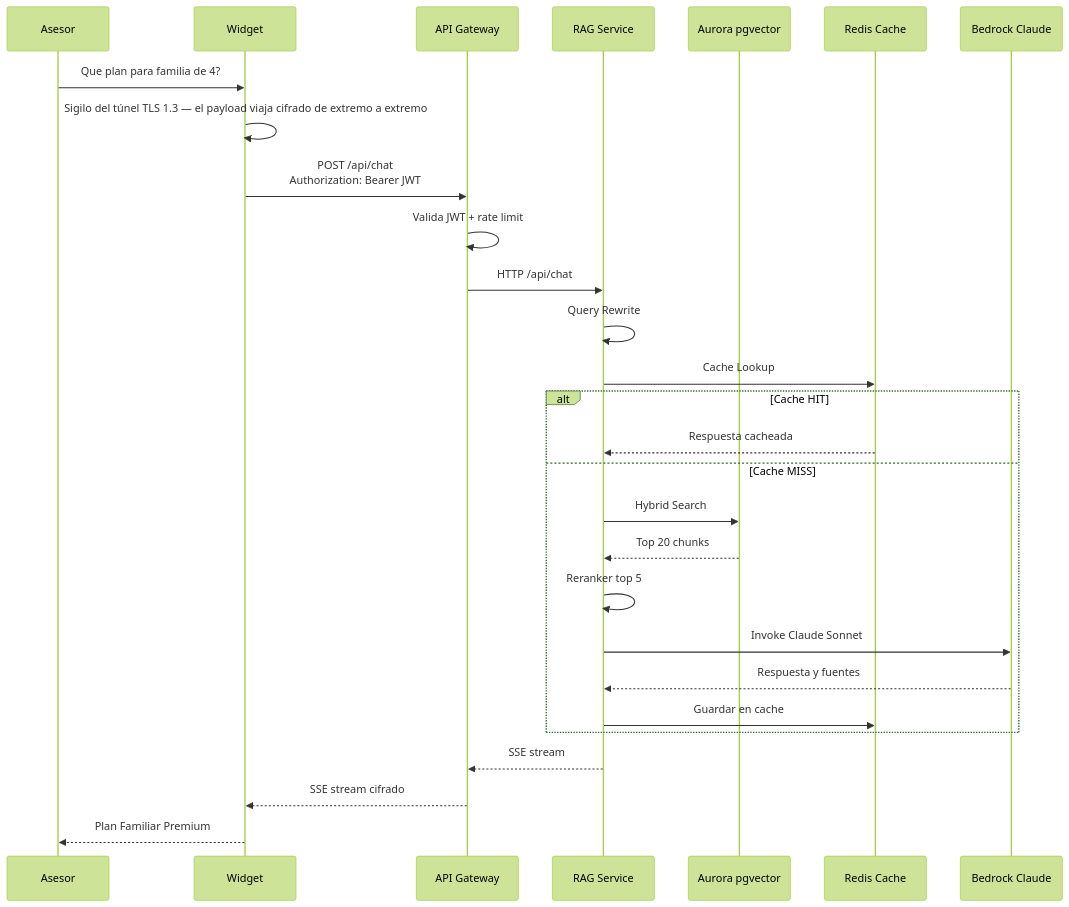
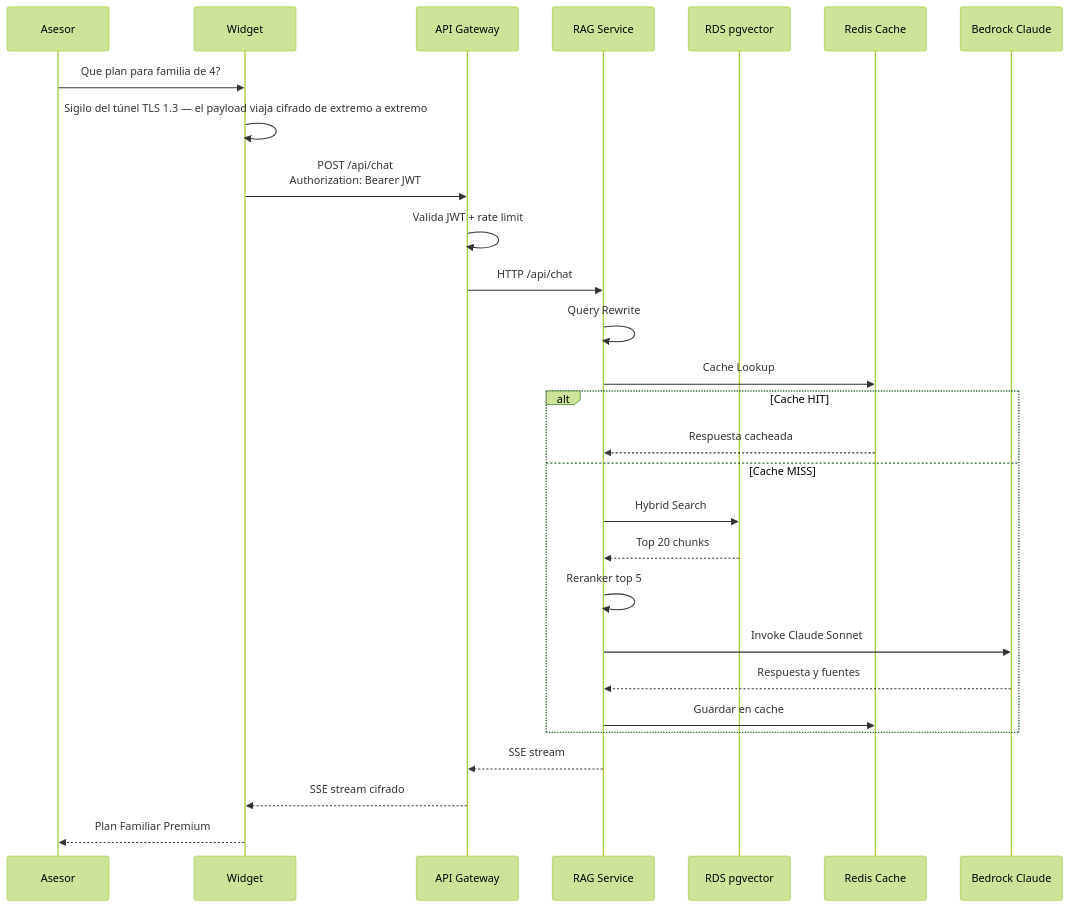
The second of 9 diagrams in docs/propuesta_tecnologica.md (johnruedal96/capillas), drawn with Mermaid (forest theme) before and after one commit. The commit also changed other lines of this file, not shown here.

Commit message:
change aurora to rds

````diff
--- a/docs/propuesta_tecnologica.md
+++ b/docs/propuesta_tecnologica.md
@@ -123,31 +123,31 @@
 ```mermaid
 sequenceDiagram
     participant A as Asesor
     participant W as Widget
     participant GW as API Gateway
     participant R as RAG Service
-    participant V as Aurora pgvector
+    participant V as RDS pgvector
     participant C as Redis Cache
     participant L as Bedrock Claude
 
     A->>W: Que plan para familia de 4?
     W->>W: Sigilo del túnel TLS 1.3 — el payload viaja cifrado de extremo a extremo
     W->>GW: POST /api/chat<br/>Authorization: Bearer JWT
     GW->>GW: Valida JWT + rate limit
     GW->>R: HTTP /api/chat
     R->>R: Query Rewrite
     R->>C: Cache Lookup
     alt Cache HIT
         C-->>R: Respuesta cacheada
     else Cache MISS
         R->>V: Hybrid Search
         V-->>R: Top 20 chunks
         R->>R: Reranker top 5
         R->>L: Invoke Claude Sonnet
         L-->>R: Respuesta y fuentes
         R->>C: Guardar en cache
     end
     R-->>GW: SSE stream
     GW-->>W: SSE stream cifrado
     W-->>A: Plan Familiar Premium
 ```
````
